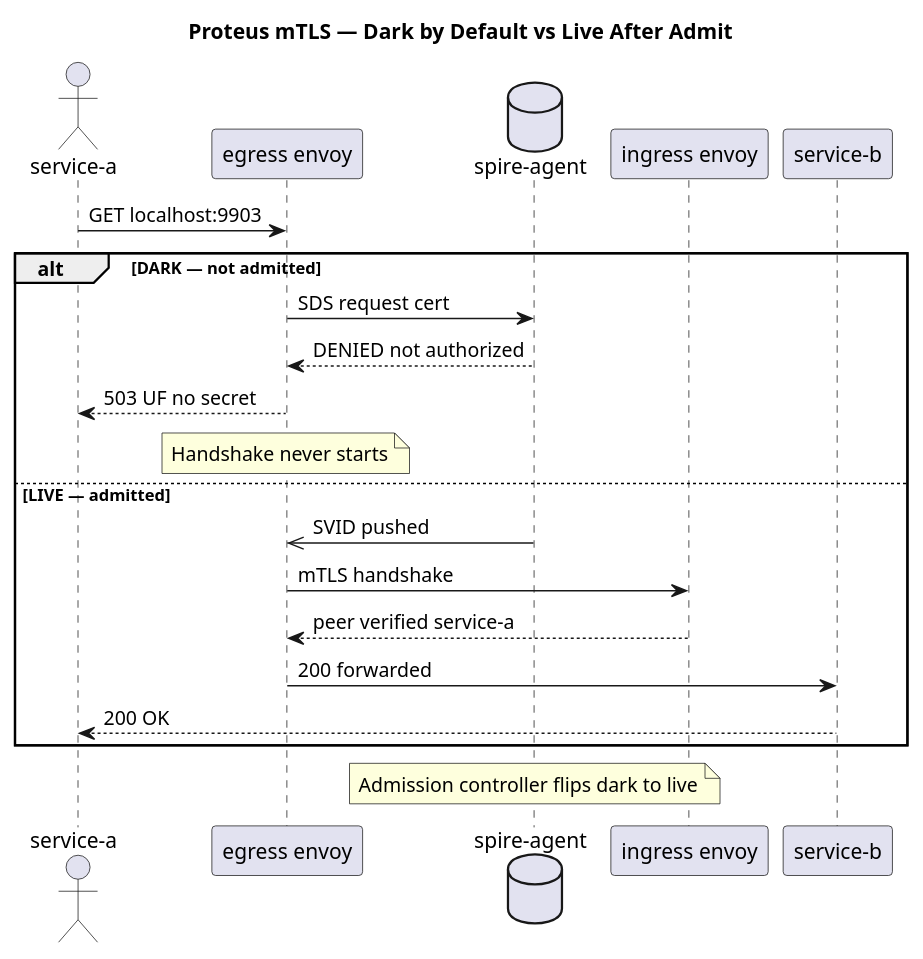
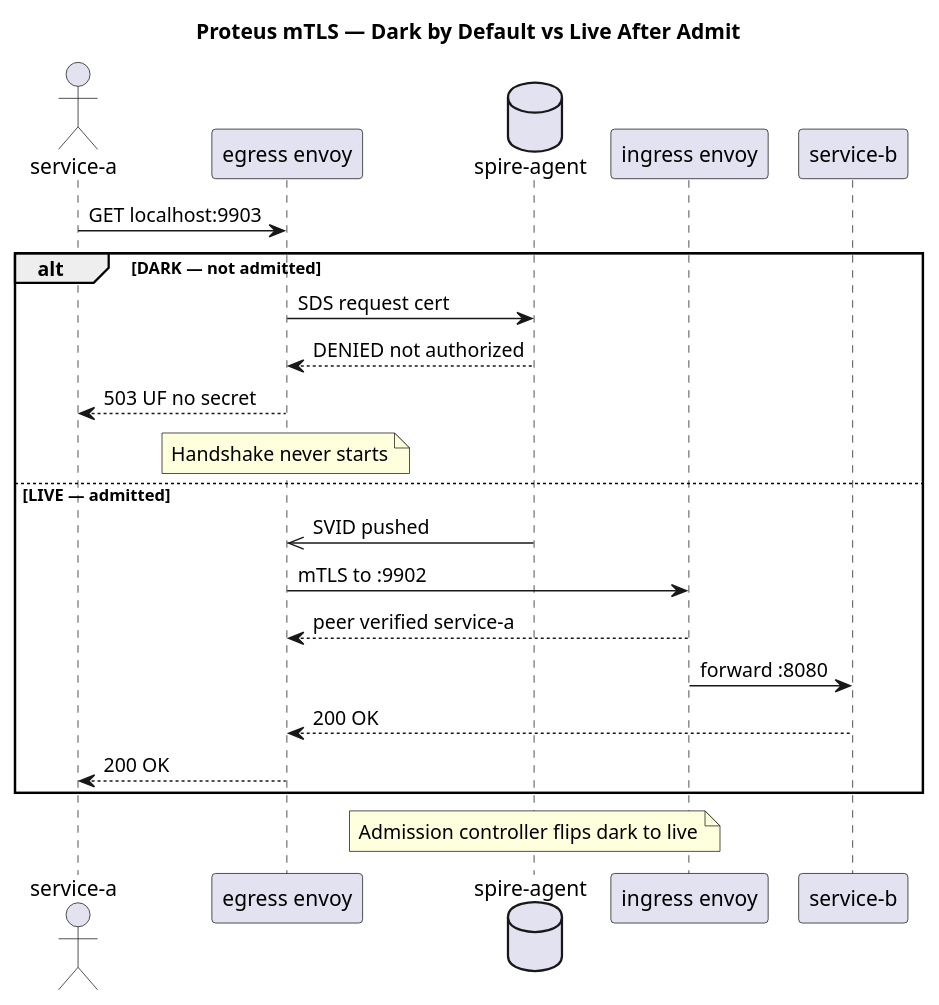
The diagram in public/blog/2026-08-31-spiffe-on-ecs-with-envoy/proteus-dark-vs-live-seq.puml (kiquetal/kiquetal.github.io), drawn with PlantUML before and after one commit. The commit also changed 2 other files, not shown here.

Commit message:
Add Proteus container view and refine mTLS sequence details in diagrams for SPIFFE on ECS

```diff
--- a/public/blog/2026-08-31-spiffe-on-ecs-with-envoy/proteus-dark-vs-live-seq.puml
+++ b/public/blog/2026-08-31-spiffe-on-ecs-with-envoy/proteus-dark-vs-live-seq.puml
@@ -1,26 +1,27 @@
 @startuml
 title Proteus mTLS — Dark by Default vs Live After Admit
 
 actor "service-a" as aApp
 participant "egress envoy" as aEnvoy
 database "spire-agent" as aAgent
 participant "ingress envoy" as bEnvoy
 participant "service-b" as bApp
 
 aApp -> aEnvoy : GET localhost:9903
 
 alt DARK — not admitted
     aEnvoy -> aAgent : SDS request cert
     aAgent --> aEnvoy : DENIED not authorized
     aEnvoy --> aApp : 503 UF no secret
     note over aEnvoy : Handshake never starts
 else LIVE — admitted
     aAgent ->> aEnvoy : SVID pushed
-    aEnvoy -> bEnvoy : mTLS handshake
+    aEnvoy -> bEnvoy : mTLS to :9902
     bEnvoy --> aEnvoy : peer verified service-a
-    aEnvoy -> bApp : 200 forwarded
-    bApp --> aApp : 200 OK
+    bEnvoy -> bApp : forward :8080
+    bApp --> aEnvoy : 200 OK
+    aEnvoy --> aApp : 200 OK
 end
 
 note over aAgent : Admission controller flips dark to live
 @enduml
```
